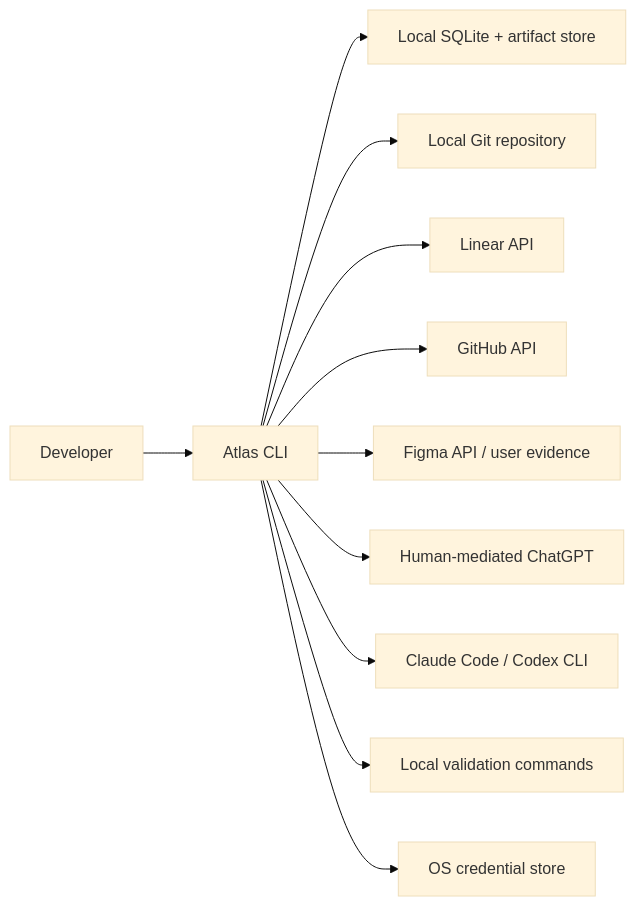
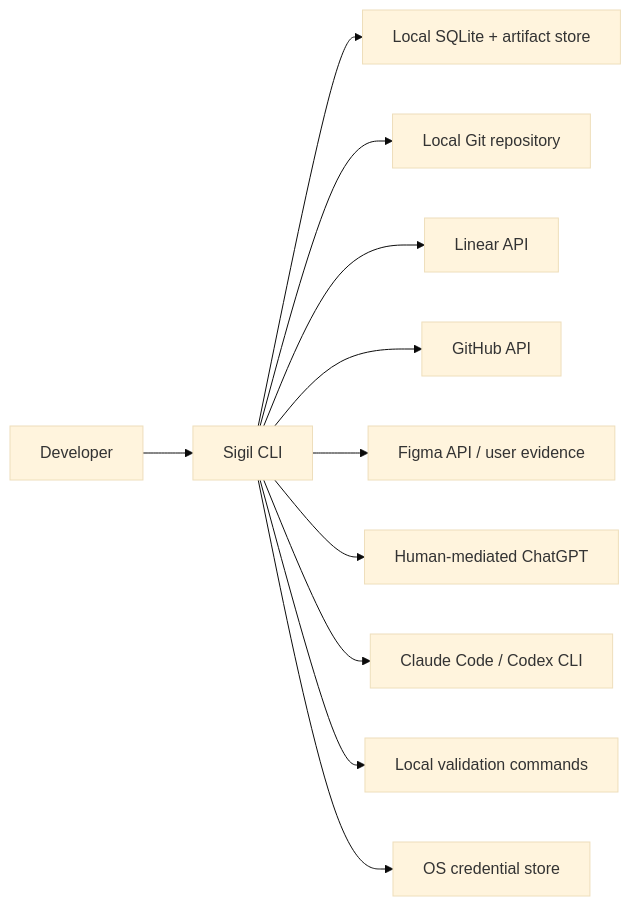
The first of 13 diagrams in DOCs/M0_Engineering_Design/01_engineering_design_specification.md (odeh-simon/atlas-cli), drawn with Mermaid (base theme) before and after one commit. The commit also changed other lines of this file and 196 other files, not shown here.

Commit message:
Rename project from Atlas to Sigil (#8)

````diff
--- a/DOCs/M0_Engineering_Design/01_engineering_design_specification.md
+++ b/DOCs/M0_Engineering_Design/01_engineering_design_specification.md
@@ -78,13 +78,13 @@
 ```mermaid
 flowchart LR
-    Dev["Developer"] --> CLI["Atlas CLI"]
+    Dev["Developer"] --> CLI["Sigil CLI"]
     CLI --> Store["Local SQLite + artifact store"]
     CLI --> Git["Local Git repository"]
     CLI --> Linear["Linear API"]
     CLI --> GH["GitHub API"]
     CLI --> Figma["Figma API / user evidence"]
     CLI --> Chat["Human-mediated ChatGPT"]
     CLI --> Agent["Claude Code / Codex CLI"]
     CLI --> Checks["Local validation commands"]
     CLI --> Keychain["OS credential store"]
 ```
````
